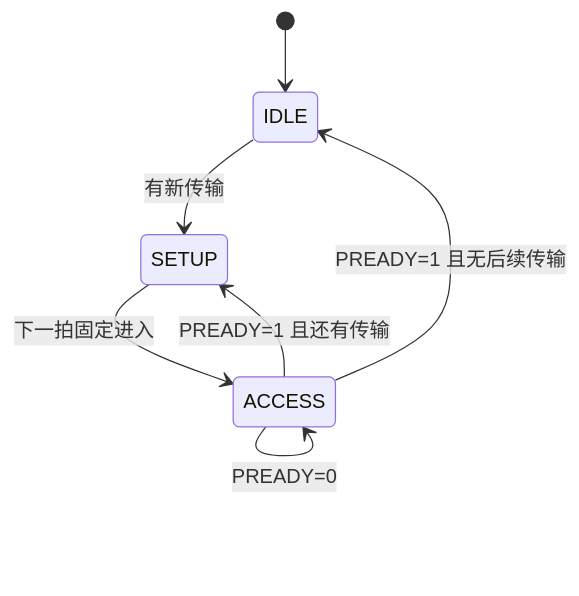
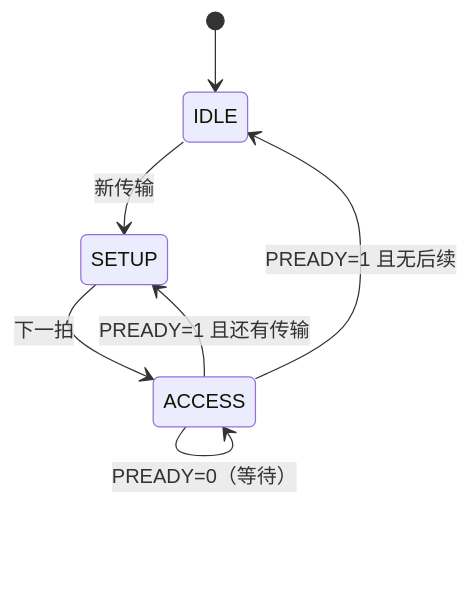
Before and after one commit to A1denHuang/sv_uvm_axi_notes: the diagram in axi学习笔记/apb学习笔记.md, drawn with Mermaid. The commit also changed other lines of this file and 6 other files, not shown here.

````diff
--- a/axi学习笔记/apb学习笔记.md
+++ b/axi学习笔记/apb学习笔记.md
@@ -112,9 +143,9 @@
 ```mermaid
 stateDiagram-v2
     [*] --> IDLE
-    IDLE --> SETUP: 有新传输
-    SETUP --> ACCESS: 下一拍固定进入
-    ACCESS --> ACCESS: PREADY=0
-    ACCESS --> SETUP: PREADY=1 且还有传输
-    ACCESS --> IDLE: PREADY=1 且无后续传输
+    IDLE --> SETUP : 新传输
+    SETUP --> ACCESS : 下一拍
+    ACCESS --> SETUP : PREADY=1 且还有传输
+    ACCESS --> IDLE : PREADY=1 且无后续
+    ACCESS --> ACCESS : PREADY=0（等待）
 ```
````
